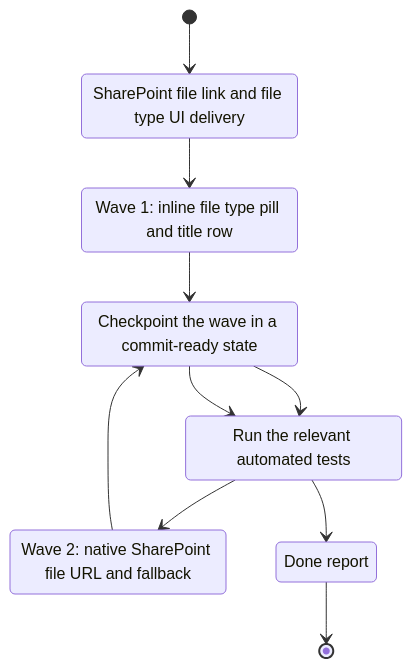
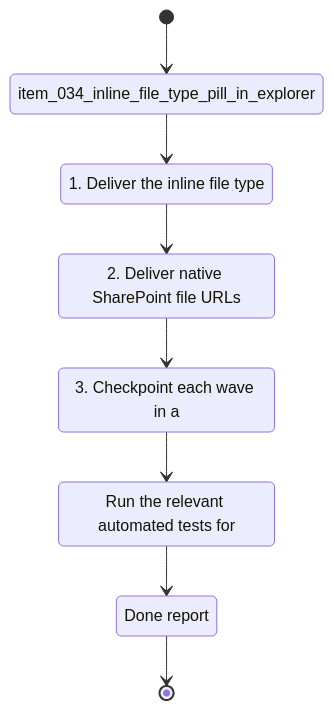
One commit to AlexAgo83/deepvault changed the diagram in logics/tasks/task_015_sharepoint_file_link_and_file_type_ui_delivery.md. Above: the diagram before and after it, drawn with Mermaid. The commit also changed 57 other files, not shown here.

````diff
--- a/logics/tasks/task_015_sharepoint_file_link_and_file_type_ui_delivery.md
+++ b/logics/tasks/task_015_sharepoint_file_link_and_file_type_ui_delivery.md
@@ -15,20 +15,18 @@
 ```mermaid
 %% logics-kind: task
 %% logics-signature: task|sharepoint-file-link-and-file-type-ui-de|item-034-inline-file-type-pill-in-explor|1-deliver-the-inline-file-type|run-the-relevant-automated-tests-for
 stateDiagram-v2
-    state "SharePoint file link and file type UI delivery" as Backlog
-    state "Wave 1: inline file type pill and title row" as Wave1
-    state "Wave 2: native SharePoint file URL and fallback" as Wave2
-    state "Checkpoint the wave in a commit-ready state" as Verify
-    state "Run the relevant automated tests" as Validation
+    state "item_034_inline_file_type_pill_in_explorer" as Backlog
+    state "1. Deliver the inline file type" as Scope
+    state "2. Deliver native SharePoint file URLs" as Build
+    state "3. Checkpoint each wave in a" as Verify
+    state "Run the relevant automated tests for" as Validation
     state "Done report" as Report
     [*] --> Backlog
-    Backlog --> Wave1
-    Wave1 --> Verify
-    Verify --> Validation
-    Validation --> Wave2
-    Wave2 --> Verify
+    Backlog --> Scope
+    Scope --> Build
+    Build --> Verify
     Verify --> Validation
     Validation --> Report
     Report --> [*]
 ```
````
